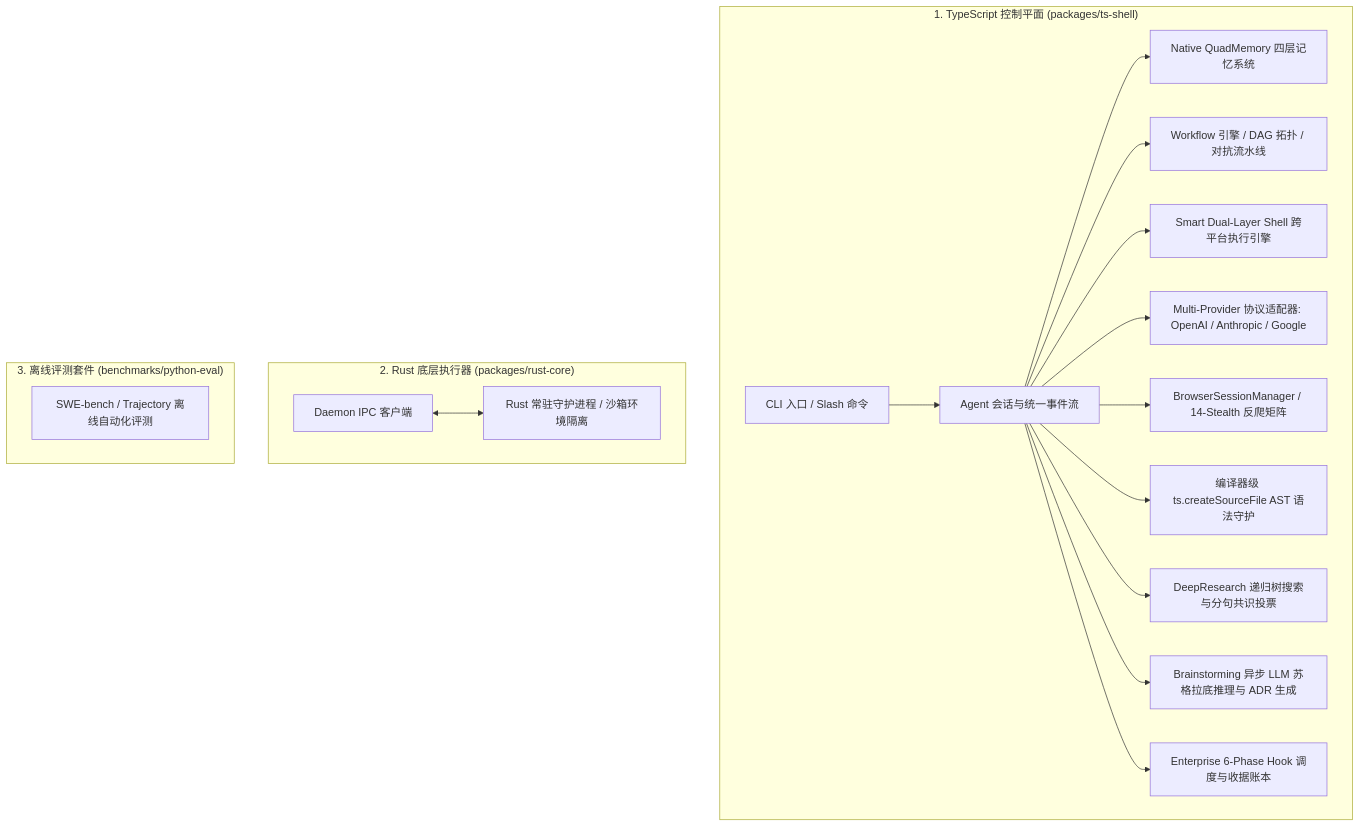
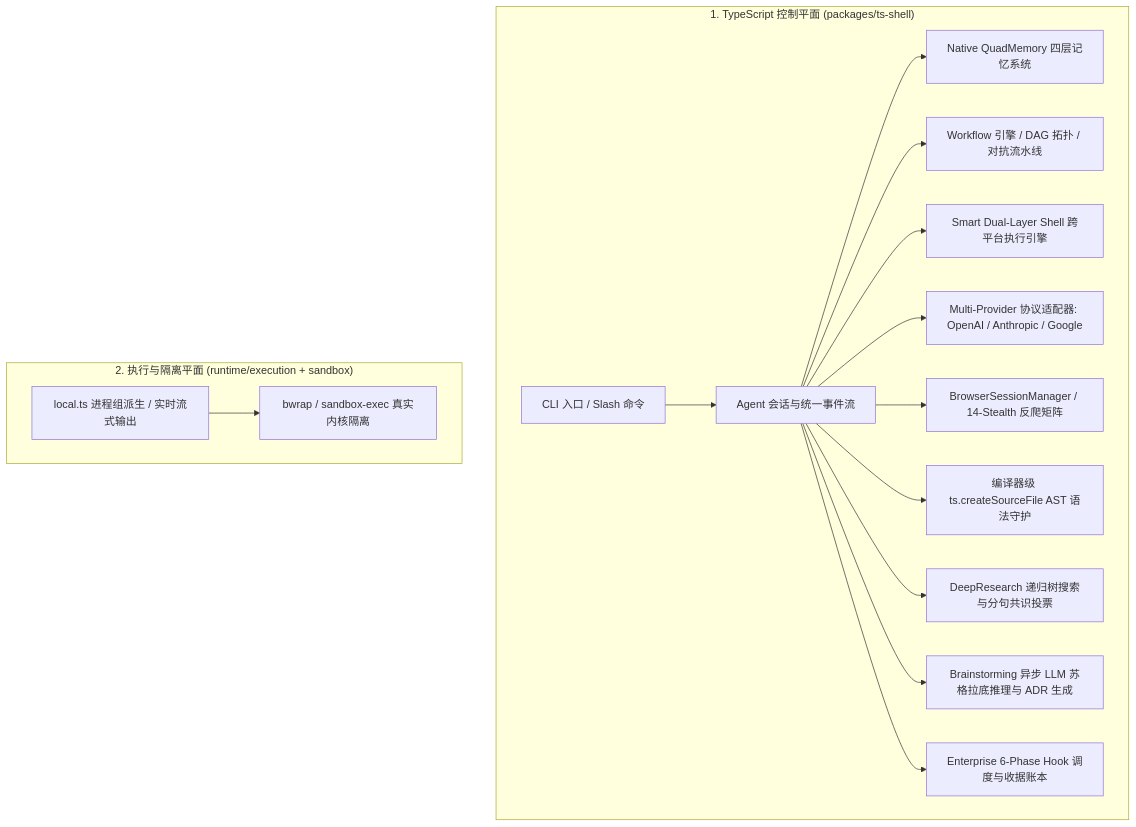
Before and after one commit to h-hei133/cheers: the first of 2 diagrams in PROJECT_GUIDE.md, drawn with Mermaid. The commit also changed other lines of this file and 12 other files, not shown here.

````diff
--- a/PROJECT_GUIDE.md
+++ b/PROJECT_GUIDE.md
@@ -27,23 +33,19 @@
 ```mermaid
 graph TD
   subgraph "1. TypeScript 控制平面 (packages/ts-shell)"
     CLI[CLI 入口 / Slash 命令] --> AgentSession[Agent 会话与统一事件流]
     AgentSession --> QuadMemory[Native QuadMemory 四层记忆系统]
     AgentSession --> SDLCWorkflow[Workflow 引擎 / DAG 拓扑 / 对抗流水线]
     AgentSession --> ShellEngine[Smart Dual-Layer Shell 跨平台执行引擎]
     AgentSession --> ModelAdapters[Multi-Provider 协议适配器: OpenAI / Anthropic / Google]
     AgentSession --> BrowserEngine[BrowserSessionManager / 14-Stealth 反爬矩阵]
     AgentSession --> ASTGauntlet[编译器级 ts.createSourceFile AST 语法守护]
     AgentSession --> DeepResearch[DeepResearch 递归树搜索与分句共识投票]
     AgentSession --> Brainstorm[Brainstorming 异步 LLM 苏格拉底推理与 ADR 生成]
     AgentSession --> HookEngine[Enterprise 6-Phase Hook 调度与收据账本]
   end
 
-  subgraph "2. Rust 底层执行器 (packages/rust-core)"
-    DaemonClient[Daemon IPC 客户端] <--> RustDaemon[Rust 常驻守护进程 / 沙箱环境隔离]
-  end
-
-  subgraph "3. 离线评测套件 (benchmarks/python-eval)"
-    EvalSuite[SWE-bench / Trajectory 离线自动化评测]
+  subgraph "2. 执行与隔离平面 (runtime/execution + sandbox)"
+    LocalExec[local.ts 进程组派生 / 实时流式输出] --> OSConfine[bwrap / sandbox-exec 真实内核隔离]
   end
 ```
````
